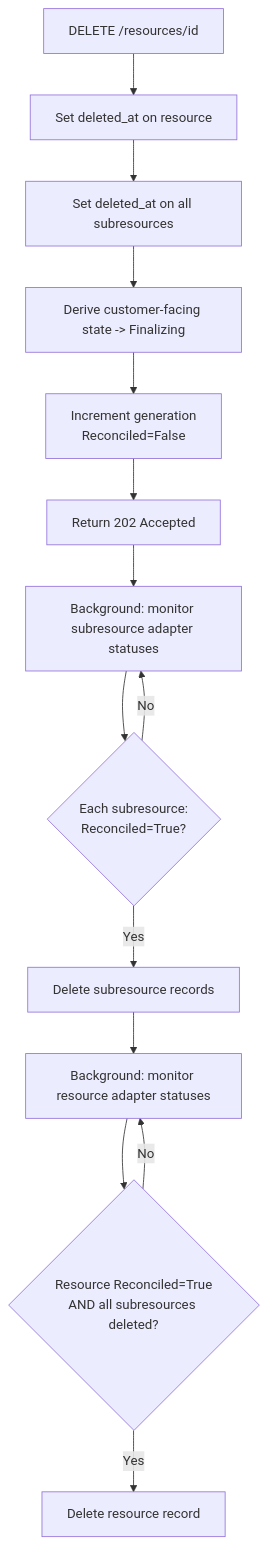
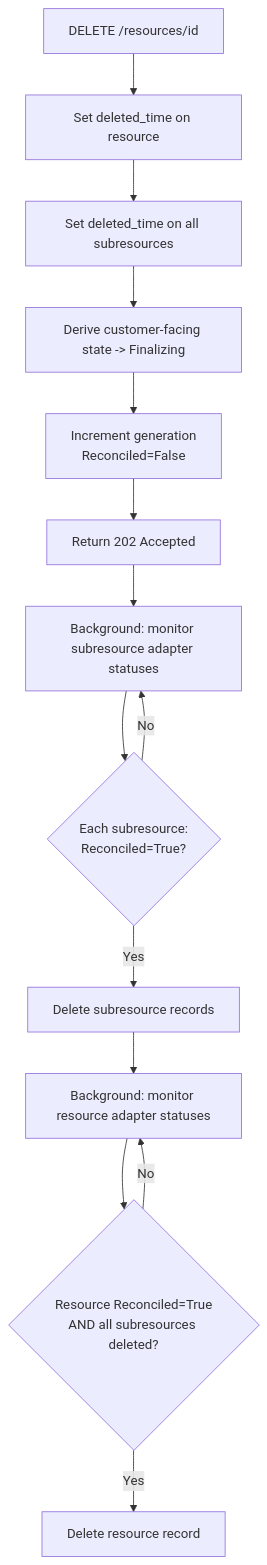
One commit to rafabene/hyperfleet-architecture changed the eighth of 9 diagrams in hyperfleet/components/adapter/framework/adapter-flow-diagrams.md. Above: the diagram before and after it, drawn with Mermaid. The commit also changed other lines of this file and 1 other file, not shown here.

Commit message:
HYPERFLEET-849 - docs: refine delete resources design

````diff
--- a/hyperfleet/components/adapter/framework/adapter-flow-diagrams.md
+++ b/hyperfleet/components/adapter/framework/adapter-flow-diagrams.md
@@ -489,18 +489,18 @@
 ```mermaid
 flowchart TD
-    A[DELETE /resources/id] --> B[Set deleted_at on resource]
-    B --> B2[Set deleted_at on all subresources]
+    A[DELETE /resources/id] --> B[Set deleted_time on resource]
+    B --> B2[Set deleted_time on all subresources]
     B2 --> C[Derive customer-facing state -> Finalizing]
     C --> C2[Increment generation<br/>Reconciled=False]
     C2 --> D[Return 202 Accepted]
 
     D --> E1[Background: monitor subresource adapter statuses]
     E1 --> F1{Each subresource:<br/>Reconciled=True?}
     F1 -->|No| E1
     F1 -->|Yes| G1[Delete subresource records]
 
     G1 --> E2[Background: monitor resource adapter statuses]
     E2 --> F2{Resource Reconciled=True<br/>AND all subresources deleted?}
     F2 -->|No| E2
     F2 -->|Yes| G2[Delete resource record]
 ```
````
